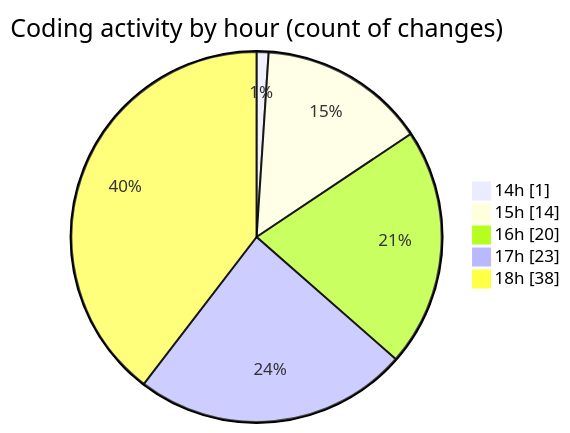
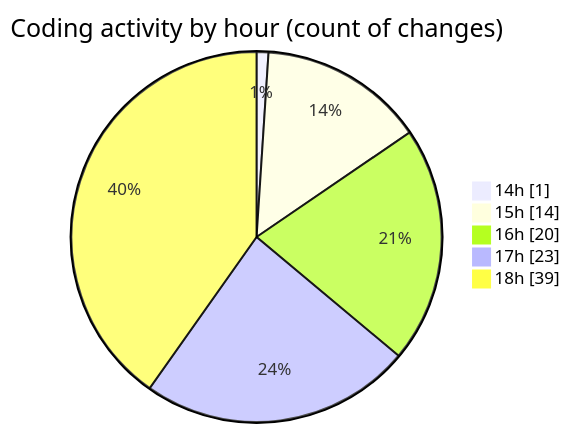
The second of 2 diagrams in 2025-05-12/argos-dev/README.md (nxtqubesakshisongat/code-tracking), drawn with Mermaid before and after one commit. The commit also changed other lines of this file and 1 other file, not shown here.

````diff
--- a/2025-05-12/argos-dev/README.md
+++ b/2025-05-12/argos-dev/README.md
@@ -34,9 +34,9 @@
 ```mermaid
 pie showData
 title Coding activity by hour (count of changes)
 "14h" : 1
 "15h" : 14
 "16h" : 20
 "17h" : 23
-"18h" : 38
+"18h" : 39
 ```
````
